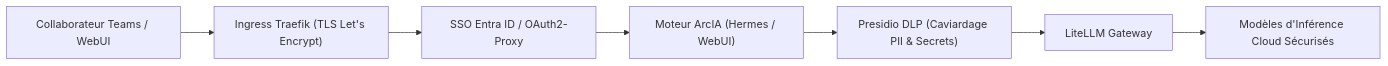
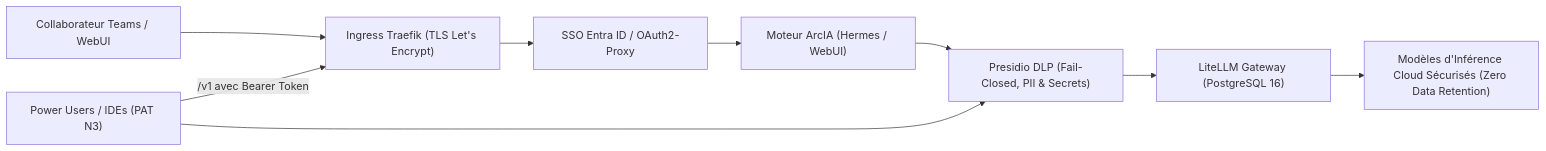
One commit to nicolastheuil/ArcIA changed the diagram in docs/guides/securite.md. Above: the diagram before and after it, drawn with Mermaid. The commit also changed other lines of this file and 52 other files, not shown here.

````diff
--- a/docs/guides/securite.md
+++ b/docs/guides/securite.md
@@ -22,9 +23,11 @@
 ```mermaid
 flowchart LR
     A["Collaborateur Teams / WebUI"] --> B["Ingress Traefik (TLS Let's Encrypt)"]
+    P["Power Users / IDEs (PAT N3)"] -->|/v1 avec Bearer Token| B
     B --> C["SSO Entra ID / OAuth2-Proxy"]
     C --> D["Moteur ArcIA (Hermes / WebUI)"]
-    D --> E["Presidio DLP (Caviardage PII & Secrets)"]
-    E --> F["LiteLLM Gateway"]
-    F --> G["Modèles d'Inférence Cloud Sécurisés"]
+    D --> E["Presidio DLP (Fail-Closed, PII & Secrets)"]
+    P --> E
+    E --> F["LiteLLM Gateway (PostgreSQL 16)"]
+    F --> G["Modèles d'Inférence Cloud Sécurisés (Zero Data Retention)"]
 ```
````
